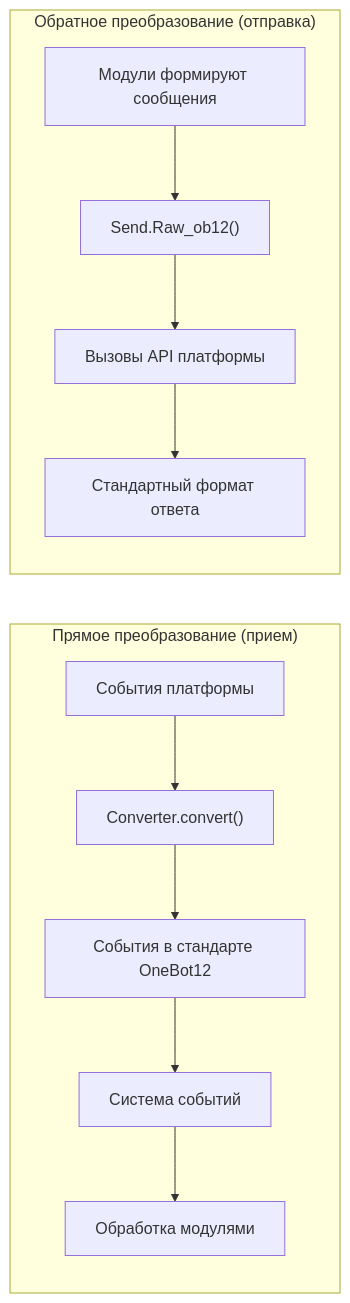
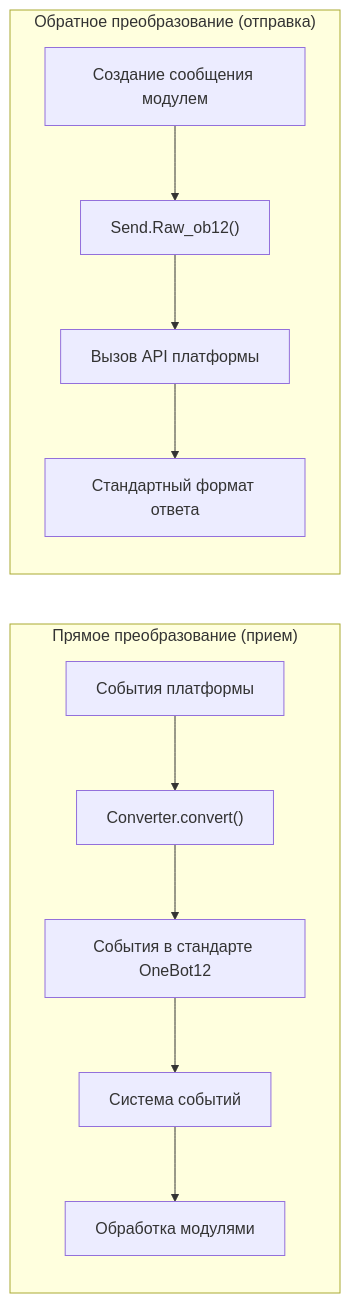
One commit to ErisPulse/ErisPulse changed the diagram in docs/ru/developer-guide/adapters/getting-started.md. Above: the diagram before and after it, drawn with Mermaid. The commit also changed other lines of this file and 622 other files, not shown here.

````diff
--- a/docs/ru/developer-guide/adapters/getting-started.md
+++ b/docs/ru/developer-guide/adapters/getting-started.md
@@ -18,11 +18,11 @@
 ```mermaid
 flowchart LR
     subgraph receive["Прямое преобразование (прием)"]
         direction TB
         P1["События платформы"] --> C1["Converter.convert()"] --> O1["События в стандарте OneBot12"] --> S1["Система событий"] --> M1["Обработка модулями"]
     end
     subgraph send["Обратное преобразование (отправка)"]
         direction TB
-        M2["Модули формируют сообщения"] --> R1["Send.Raw_ob12()"] --> N1["Вызовы API платформы"] --> R2["Стандартный формат ответа"]
+        M2["Создание сообщения модулем"] --> R1["Send.Raw_ob12()"] --> N1["Вызов API платформы"] --> R2["Стандартный формат ответа"]
     end
 ```
````
